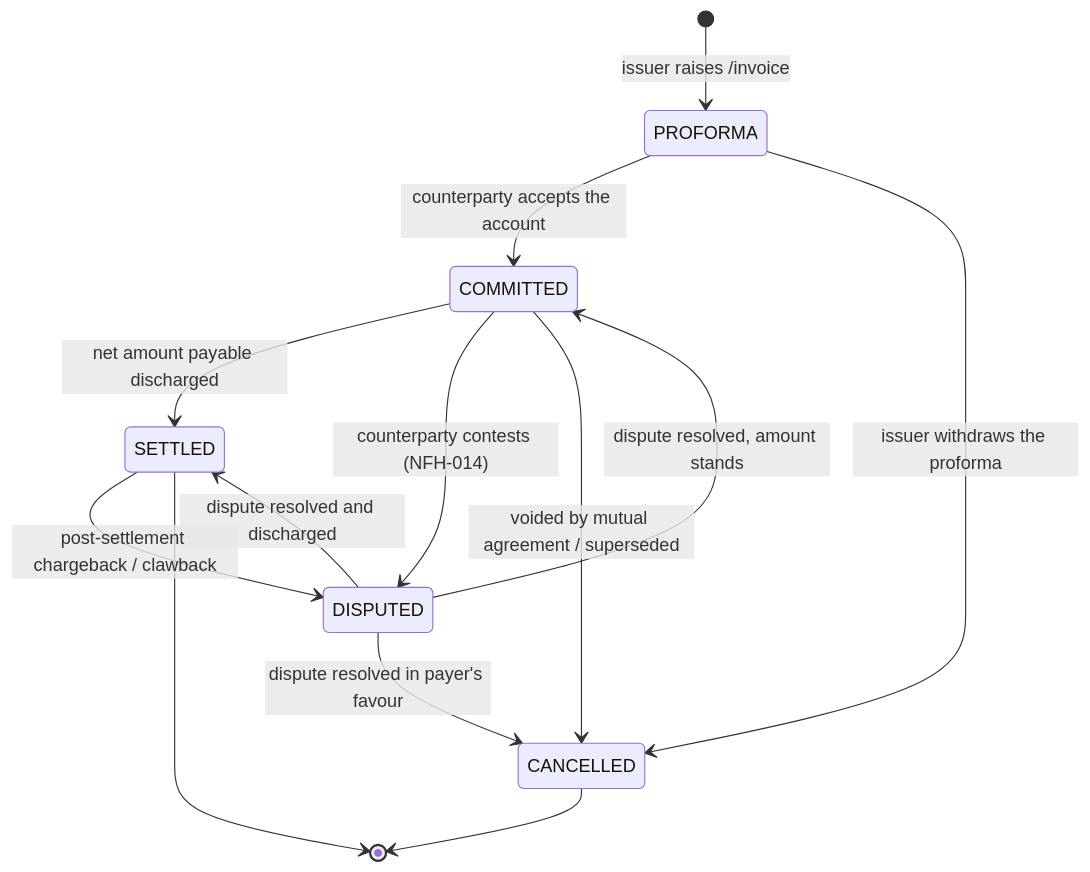
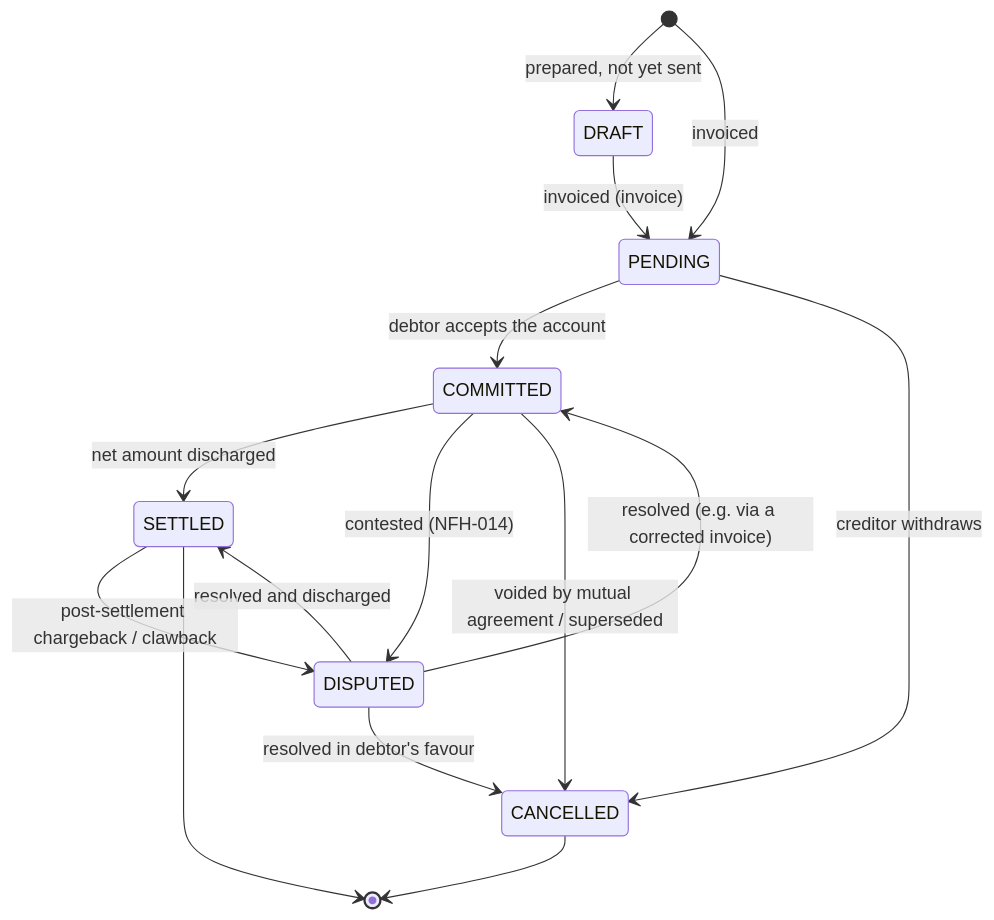
The first of 3 diagrams in docs/Invoicing_and_Settlements.md (beckn/protocol-specifications-v2), drawn with Mermaid before and after one commit. The commit also changed other lines of this file and 5 other files, not shown here.

````diff
--- a/docs/Invoicing_and_Settlements.md
+++ b/docs/Invoicing_and_Settlements.md
@@ -99,15 +105,17 @@
 ```mermaid
 stateDiagram-v2
-    [*] --> PROFORMA: issuer raises /invoice
-    PROFORMA --> COMMITTED: counterparty accepts the account
-    PROFORMA --> CANCELLED: issuer withdraws the proforma
-    COMMITTED --> SETTLED: net amount payable discharged
-    COMMITTED --> DISPUTED: counterparty contests (NFH-014)
+    [*] --> DRAFT: prepared, not yet sent
+    DRAFT --> PENDING: invoiced (invoice)
+    [*] --> PENDING: invoiced
+    PENDING --> COMMITTED: debtor accepts the account
+    PENDING --> CANCELLED: creditor withdraws
+    COMMITTED --> SETTLED: net amount discharged
+    COMMITTED --> DISPUTED: contested (NFH-014)
     COMMITTED --> CANCELLED: voided by mutual agreement / superseded
-    DISPUTED --> COMMITTED: dispute resolved, amount stands
-    DISPUTED --> SETTLED: dispute resolved and discharged
-    DISPUTED --> CANCELLED: dispute resolved in payer's favour
+    DISPUTED --> COMMITTED: resolved (e.g. via a corrected invoice)
+    DISPUTED --> SETTLED: resolved and discharged
+    DISPUTED --> CANCELLED: resolved in debtor's favour
     SETTLED --> DISPUTED: post-settlement chargeback / clawback
     SETTLED --> [*]
     CANCELLED --> [*]
 ```
````
